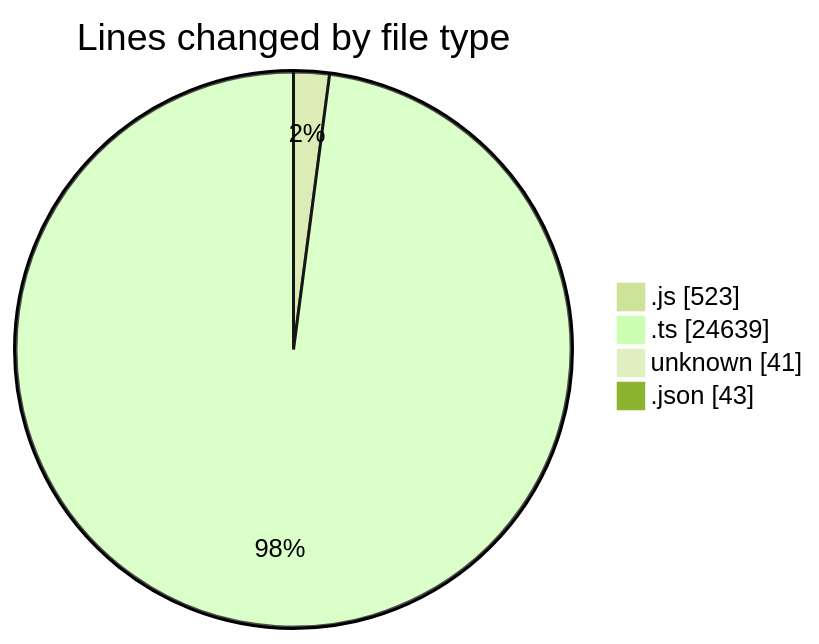
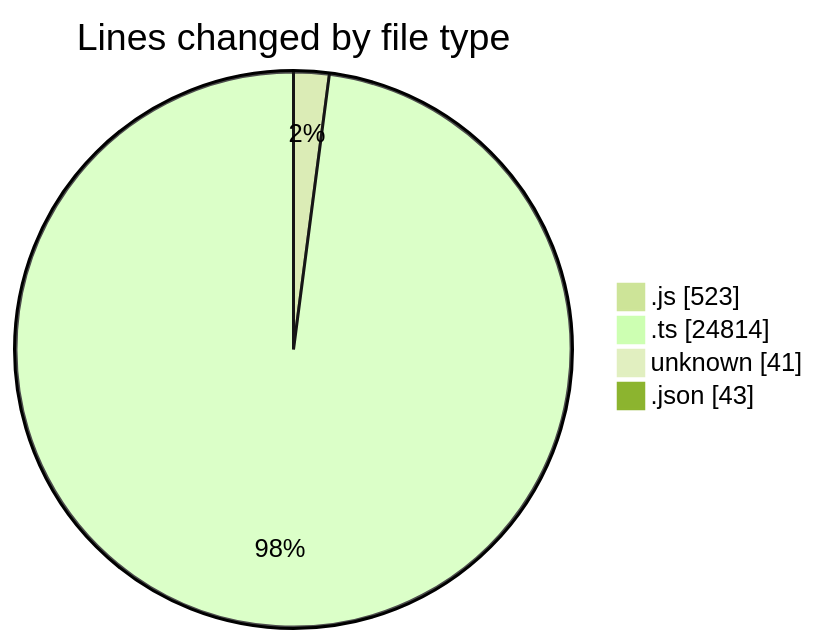
The first of 2 diagrams in 2025-08-15/cda/README.md (momahboobian/code-tracking), drawn with Mermaid (forest theme) before and after one commit. The commit also changed other lines of this file and 1 other file, not shown here.

````diff
--- a/2025-08-15/cda/README.md
+++ b/2025-08-15/cda/README.md
@@ -30,8 +31,8 @@
 ```mermaid
 pie showData
 title Lines changed by file type
 ".js" : 523
-".ts" : 24639
+".ts" : 24814
 "unknown" : 41
 ".json" : 43
 ```
````
